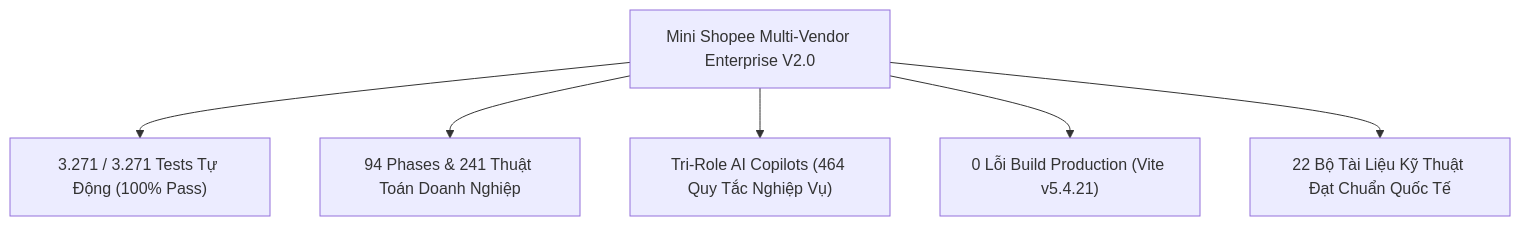
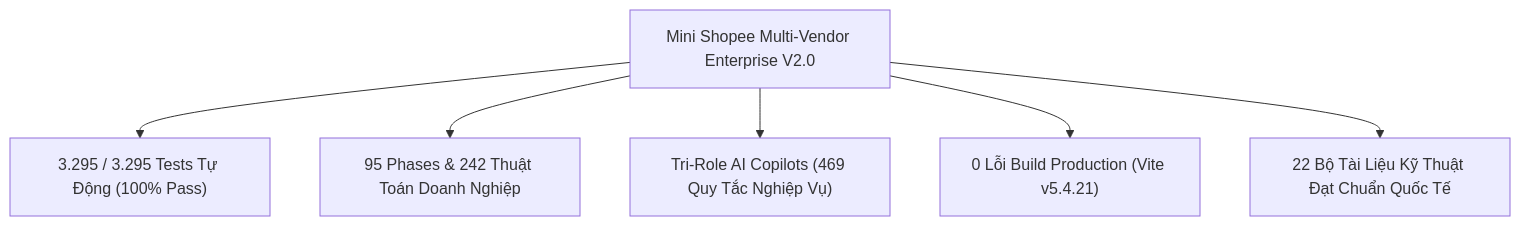
Before and after one commit to JiaysTM17/Fullstack-Ecommerce: the first of 2 diagrams in docs/DANH_MUC_HO_SO_BAN_GIAO_VA_TONG_QUAN_DU_AN.md, drawn with Mermaid. The commit also changed other lines of this file and 10 other files, not shown here.

````diff
--- a/docs/DANH_MUC_HO_SO_BAN_GIAO_VA_TONG_QUAN_DU_AN.md
+++ b/docs/DANH_MUC_HO_SO_BAN_GIAO_VA_TONG_QUAN_DU_AN.md
@@ -21,9 +21,9 @@
 ```mermaid
 graph TD
     System["Mini Shopee Multi-Vendor Enterprise V2.0"]
-    System --> Stat1["3.271 / 3.271 Tests Tự Động (100% Pass)"]
-    System --> Stat2["94 Phases & 241 Thuật Toán Doanh Nghiệp"]
-    System --> Stat3["Tri-Role AI Copilots (464 Quy Tắc Nghiệp Vụ)"]
+    System --> Stat1["3.295 / 3.295 Tests Tự Động (100% Pass)"]
+    System --> Stat2["95 Phases & 242 Thuật Toán Doanh Nghiệp"]
+    System --> Stat3["Tri-Role AI Copilots (469 Quy Tắc Nghiệp Vụ)"]
     System --> Stat4["0 Lỗi Build Production (Vite v5.4.21)"]
     System --> Stat5["22 Bộ Tài Liệu Kỹ Thuật Đạt Chuẩn Quốc Tế"]
 ```
````
